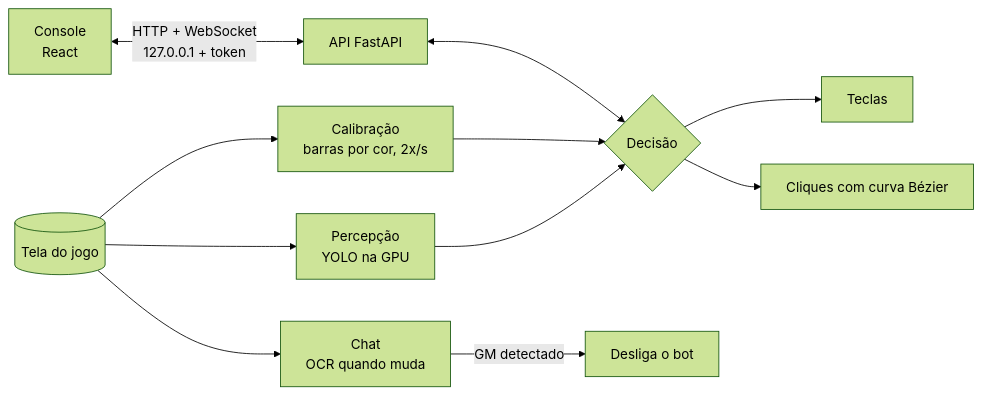
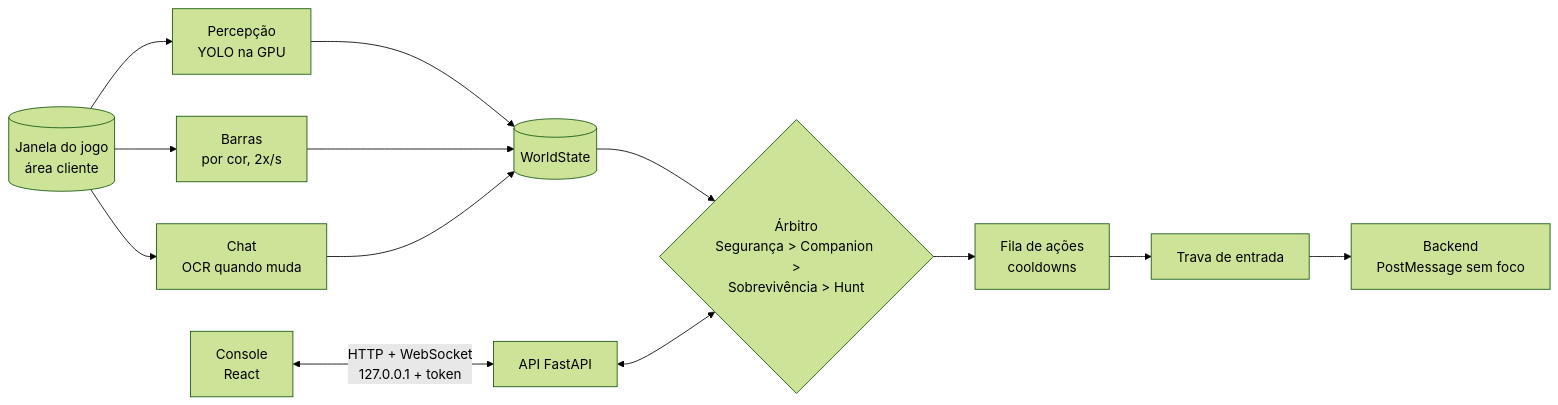
The diagram in README.md (Gmatheusux/otp-bot), drawn with Mermaid (forest theme) before and after one commit. The commit also changed other lines of this file and 4 other files, not shown here.

````diff
--- a/README.md
+++ b/README.md
@@ -32,13 +32,11 @@
 ```mermaid
 flowchart LR
-    tela[(Tela do jogo)] --> percepcao[Percepção<br/>YOLO na GPU]
-    tela --> calibracao[Calibração<br/>barras por cor, 2x/s]
+    tela[(Janela do jogo<br/>área cliente)] --> percepcao[Percepção<br/>YOLO na GPU]
+    tela --> calibracao[Barras<br/>por cor, 2x/s]
     tela --> chat[Chat<br/>OCR quando muda]
-    percepcao --> decisao{Decisão}
-    calibracao --> decisao
-    chat -->|GM detectado| kill[Desliga o bot]
-    decisao --> teclado[Teclas]
-    decisao --> mouse[Cliques com curva Bézier]
+    percepcao & calibracao & chat --> ws[(WorldState)]
+    ws --> arb{Árbitro<br/>Segurança > Companion ><br/>Sobrevivência > Hunt}
+    arb --> fila[Fila de ações<br/>cooldowns] --> trava[Trava de entrada] --> backend[Backend<br/>PostMessage sem foco]
     console[Console<br/>React] <-->|HTTP + WebSocket<br/>127.0.0.1 + token| api[API FastAPI]
-    api <--> decisao
+    api <--> arb
 ```
````
